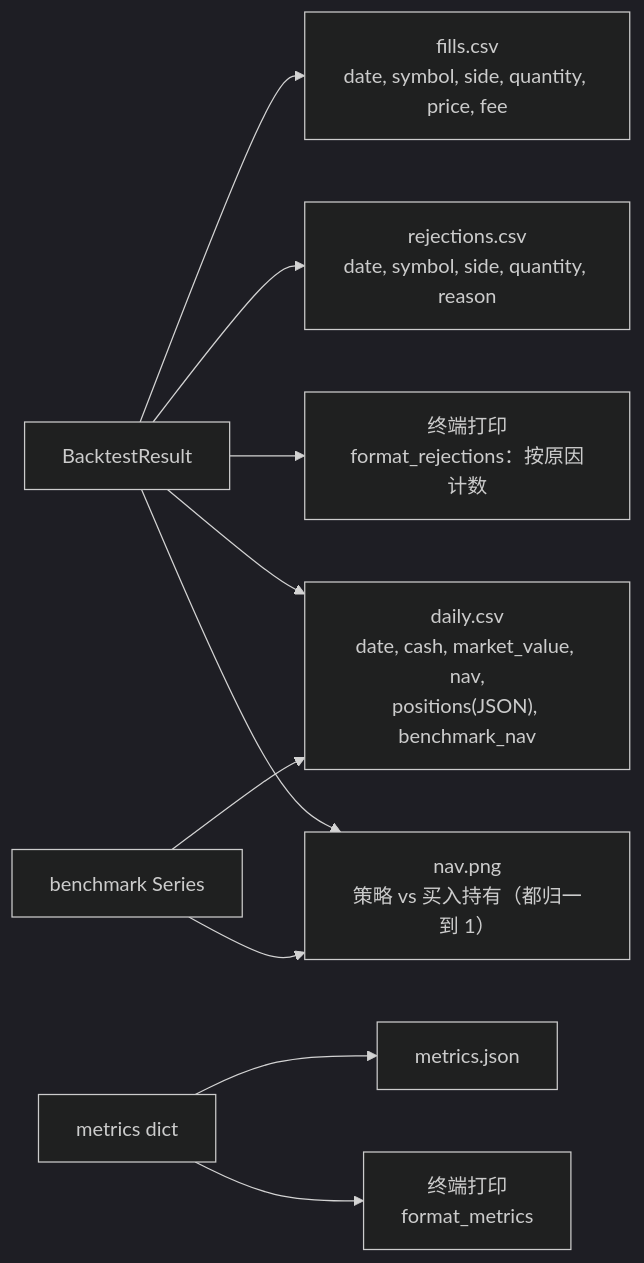
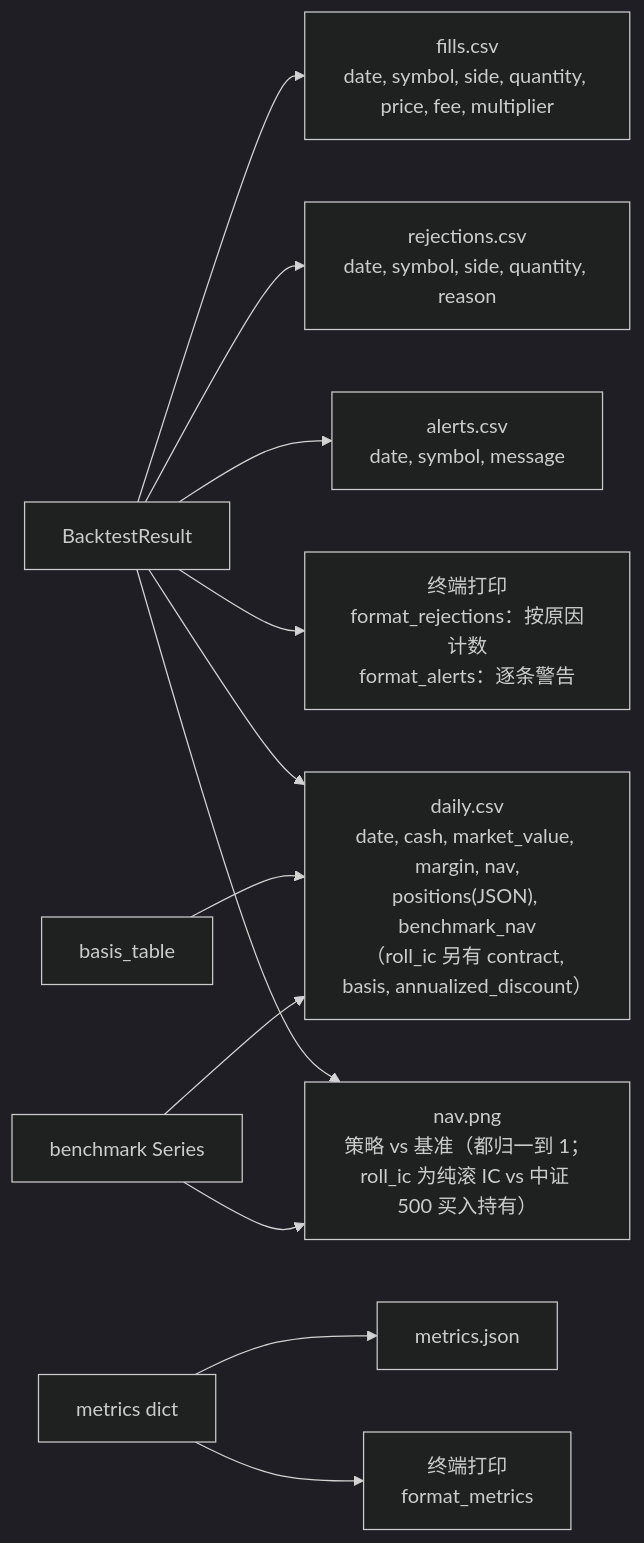
One commit to guevara12345/quant changed diagram 22 of 25 in docs/code-walkthrough.md. Above: the diagram before and after it, drawn with Mermaid (dark theme). The commit also changed other lines of this file and 33 other files, not shown here.

````diff
--- a/docs/code-walkthrough.md
+++ b/docs/code-walkthrough.md
@@ -779,12 +935,14 @@
 ```mermaid
 flowchart LR
-    R[BacktestResult] --> FC["fills.csv<br/>date, symbol, side, quantity, price, fee"]
+    R[BacktestResult] --> FC["fills.csv<br/>date, symbol, side, quantity, price, fee, multiplier"]
     R --> RC["rejections.csv<br/>date, symbol, side, quantity, reason"]
-    R --> RT["终端打印<br/>format_rejections：按原因计数"]
-    R --> DC["daily.csv<br/>date, cash, market_value, nav,<br/>positions(JSON), benchmark_nav"]
+    R --> AC["alerts.csv<br/>date, symbol, message"]
+    R --> RT["终端打印<br/>format_rejections：按原因计数<br/>format_alerts：逐条警告"]
+    R --> DC["daily.csv<br/>date, cash, market_value, margin, nav,<br/>positions(JSON), benchmark_nav<br/>（roll_ic 另有 contract, basis, annualized_discount）"]
+    BT[basis_table] --> DC
     M[metrics dict] --> MJ[metrics.json]
-    R --> NP["nav.png<br/>策略 vs 买入持有（都归一到 1）"]
+    R --> NP["nav.png<br/>策略 vs 基准（都归一到 1；roll_ic 为纯滚 IC vs 中证 500 买入持有）"]
     B[benchmark Series] --> NP
     B --> DC
     M --> TXT["终端打印<br/>format_metrics"]
 ```
````
